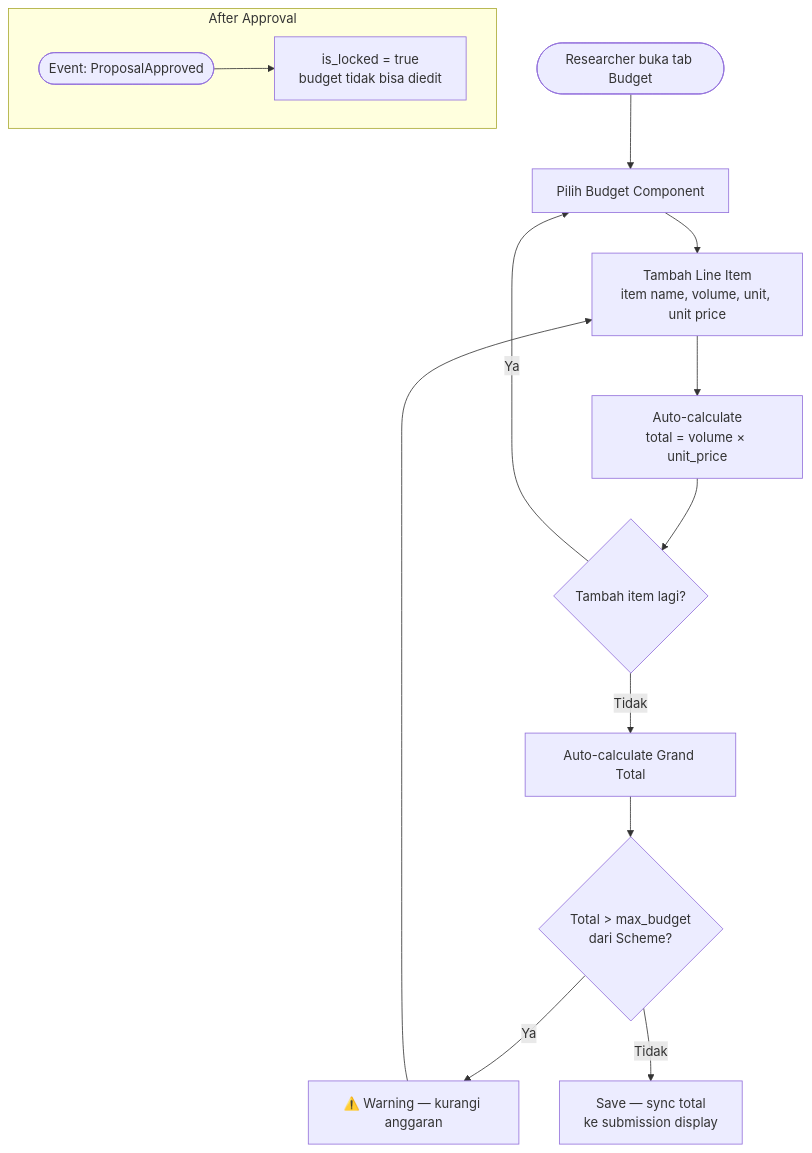
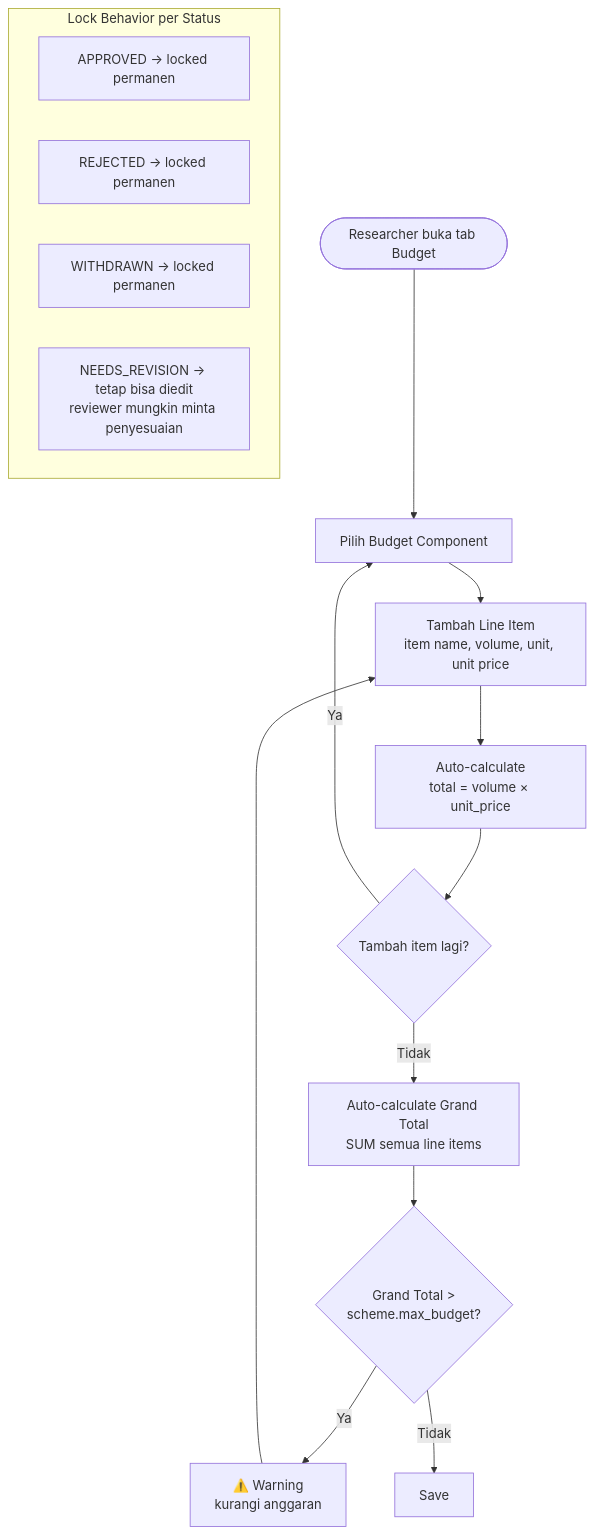
The first of 2 diagrams in docs/requirement-analysis/ddd/supporting/01_budget.md (nas11ai/sim-kerjasama-itk), drawn with Mermaid before and after one commit. The commit also changed other lines of this file and 12 other files, not shown here.

````diff
--- a/docs/requirement-analysis/ddd/supporting/01_budget.md
+++ b/docs/requirement-analysis/ddd/supporting/01_budget.md
@@ -17,17 +19,20 @@
 ```mermaid
 flowchart TD
     START([Researcher buka tab Budget]) --> A[Pilih Budget Component]
     A --> B[Tambah Line Item<br/>item name, volume, unit, unit price]
     B --> C[Auto-calculate<br/>total = volume × unit_price]
     C --> D{Tambah item lagi?}
     D -->|Ya| A
-    D -->|Tidak| E[Auto-calculate Grand Total]
-    E --> F{Total > max_budget<br/>dari Scheme?}
-    F -->|Ya| G[⚠️ Warning — kurangi anggaran]
+    D -->|Tidak| E[Auto-calculate Grand Total<br/>SUM semua line items]
+    E --> F{Grand Total ><br/>scheme.max_budget?}
+    F -->|Ya| G[⚠️ Warning<br/>kurangi anggaran]
     G --> B
-    F -->|Tidak| H[Save — sync total<br/>ke submission display]
+    F -->|Tidak| H[Save]
 
-    subgraph LOCK["After Approval"]
-        K([Event: ProposalApproved]) --> L[is_locked = true<br/>budget tidak bisa diedit]
+    subgraph LOCK["Lock Behavior per Status"]
+        L1[APPROVED → locked permanen]
+        L2[REJECTED → locked permanen]
+        L3[WITHDRAWN → locked permanen]
+        L4[NEEDS_REVISION → tetap bisa diedit<br/>reviewer mungkin minta penyesuaian]
     end
 ```
````
